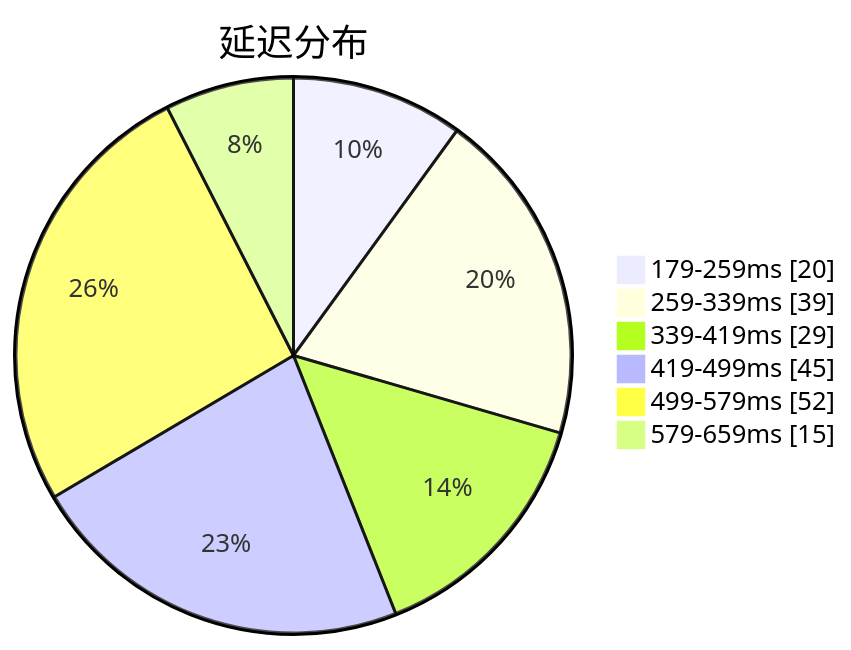
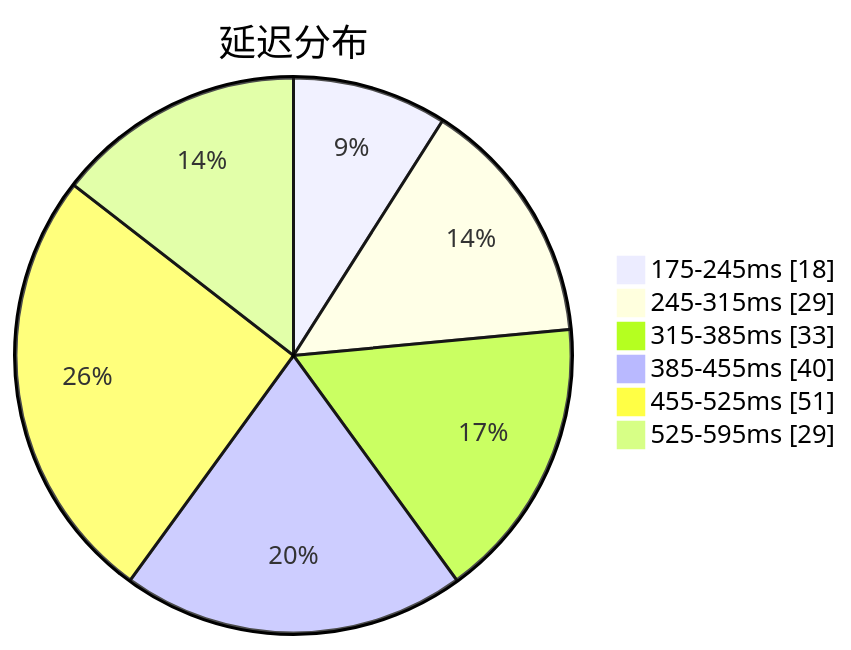
Before and after one commit to qjlxg/airport: the first of 3 diagrams in subs/statistics/tested_within.md, drawn with Mermaid. The commit also changed other lines of this file and 2 other files, not shown here.

````diff
--- a/subs/statistics/tested_within.md
+++ b/subs/statistics/tested_within.md
@@ -2,10 +2,10 @@
 ```mermaid
 pie showData
 title 延迟分布
-"179-259ms" : 20
-"259-339ms" : 39
-"339-419ms" : 29
-"419-499ms" : 45
-"499-579ms" : 52
-"579-659ms" : 15
+"175-245ms" : 18
+"245-315ms" : 29
+"315-385ms" : 33
+"385-455ms" : 40
+"455-525ms" : 51
+"525-595ms" : 29
 ```
````
